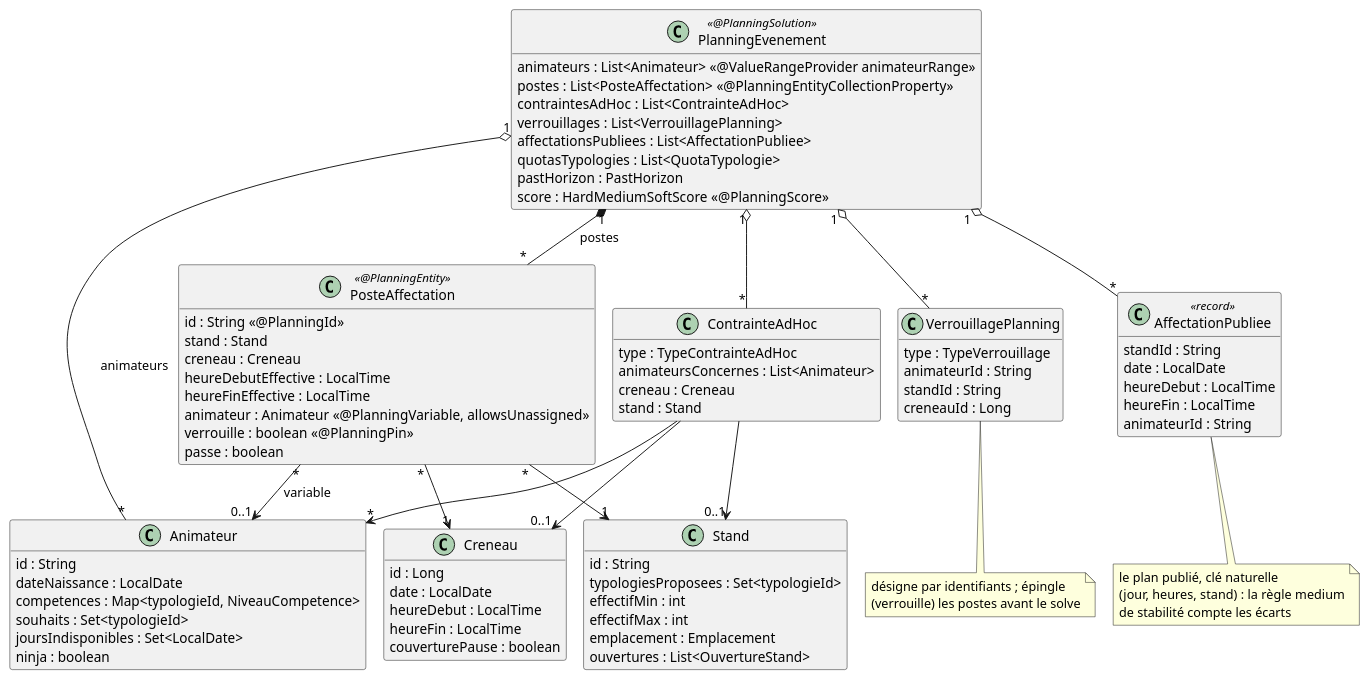
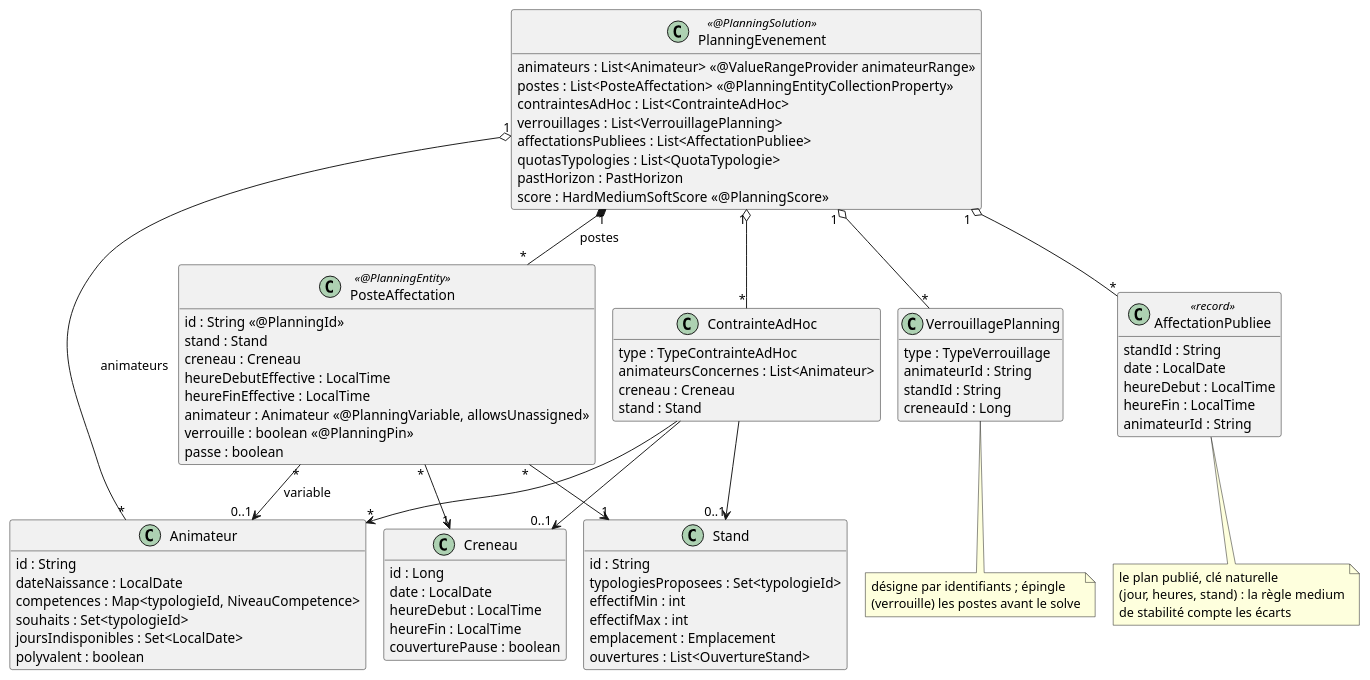
One commit to sylvainmetayer/planning-equipes changed the diagram in docs/diagrammes/domaine.puml. Above: the diagram before and after it, drawn with PlantUML. The commit also changed 183 other files, not shown here.

Commit message:
refactor!: ninja devient polyvalent (backend, écrans, i18n, docs)

```diff
--- a/docs/diagrammes/domaine.puml
+++ b/docs/diagrammes/domaine.puml
@@ -1,104 +1,104 @@
 @startuml
 ' Le modèle Timefold : une solution, une seule entité, une seule variable.
 ' Un poste est une place à tenir sur un stand pendant un créneau ; le solveur
 ' choisit qui la tient. Pas de variable fantôme. Les typologies ne sont pas
 ' des classes : des identifiants, portés par les animateurs et les stands.
 ' Seuls les champs qui comptent pour le solveur sont dessinés.
 ' Voir site/src/docs/comprendre/modele-des-donnees.md.
 !pragma layout smetana
 skinparam backgroundColor #FFFFFF
 skinparam classAttributeIconSize 0
 hide empty methods
 
 class PlanningEvenement <<@PlanningSolution>> {
   animateurs : List<Animateur> <<@ValueRangeProvider animateurRange>>
   postes : List<PosteAffectation> <<@PlanningEntityCollectionProperty>>
   contraintesAdHoc : List<ContrainteAdHoc>
   verrouillages : List<VerrouillagePlanning>
   affectationsPubliees : List<AffectationPubliee>
   quotasTypologies : List<QuotaTypologie>
   pastHorizon : PastHorizon
   score : HardMediumSoftScore <<@PlanningScore>>
 }
 
 class PosteAffectation <<@PlanningEntity>> {
   id : String <<@PlanningId>>
   stand : Stand
   creneau : Creneau
   heureDebutEffective : LocalTime
   heureFinEffective : LocalTime
   animateur : Animateur <<@PlanningVariable, allowsUnassigned>>
   verrouille : boolean <<@PlanningPin>>
   passe : boolean
 }
 
 class Animateur {
   id : String
   dateNaissance : LocalDate
   competences : Map<typologieId, NiveauCompetence>
   souhaits : Set<typologieId>
   joursIndisponibles : Set<LocalDate>
-  ninja : boolean
+  polyvalent : boolean
 }
 
 class Stand {
   id : String
   typologiesProposees : Set<typologieId>
   effectifMin : int
   effectifMax : int
   emplacement : Emplacement
   ouvertures : List<OuvertureStand>
 }
 
 class Creneau {
   id : Long
   date : LocalDate
   heureDebut : LocalTime
   heureFin : LocalTime
   couverturePause : boolean
 }
 
 class ContrainteAdHoc {
   type : TypeContrainteAdHoc
   animateursConcernes : List<Animateur>
   creneau : Creneau
   stand : Stand
 }
 
 class VerrouillagePlanning {
   type : TypeVerrouillage
   animateurId : String
   standId : String
   creneauId : Long
 }
 
 class AffectationPubliee <<record>> {
   standId : String
   date : LocalDate
   heureDebut : LocalTime
   heureFin : LocalTime
   animateurId : String
 }
 
 PlanningEvenement "1" *-- "*" PosteAffectation : postes
 PlanningEvenement "1" o-- "*" Animateur : animateurs
 PlanningEvenement "1" o-- "*" ContrainteAdHoc
 PlanningEvenement "1" o-- "*" VerrouillagePlanning
 PlanningEvenement "1" o-- "*" AffectationPubliee
 PosteAffectation "*" --> "1" Stand
 PosteAffectation "*" --> "1" Creneau
 PosteAffectation "*" --> "0..1" Animateur : variable
 ContrainteAdHoc --> "*" Animateur
 ContrainteAdHoc --> "0..1" Creneau
 ContrainteAdHoc --> "0..1" Stand
 
 note bottom of VerrouillagePlanning
   désigne par identifiants ; épingle
   (verrouille) les postes avant le solve
 end note
 note bottom of AffectationPubliee
   le plan publié, clé naturelle
   (jour, heures, stand) : la règle medium
   de stabilité compte les écarts
 end note
 @enduml
```
